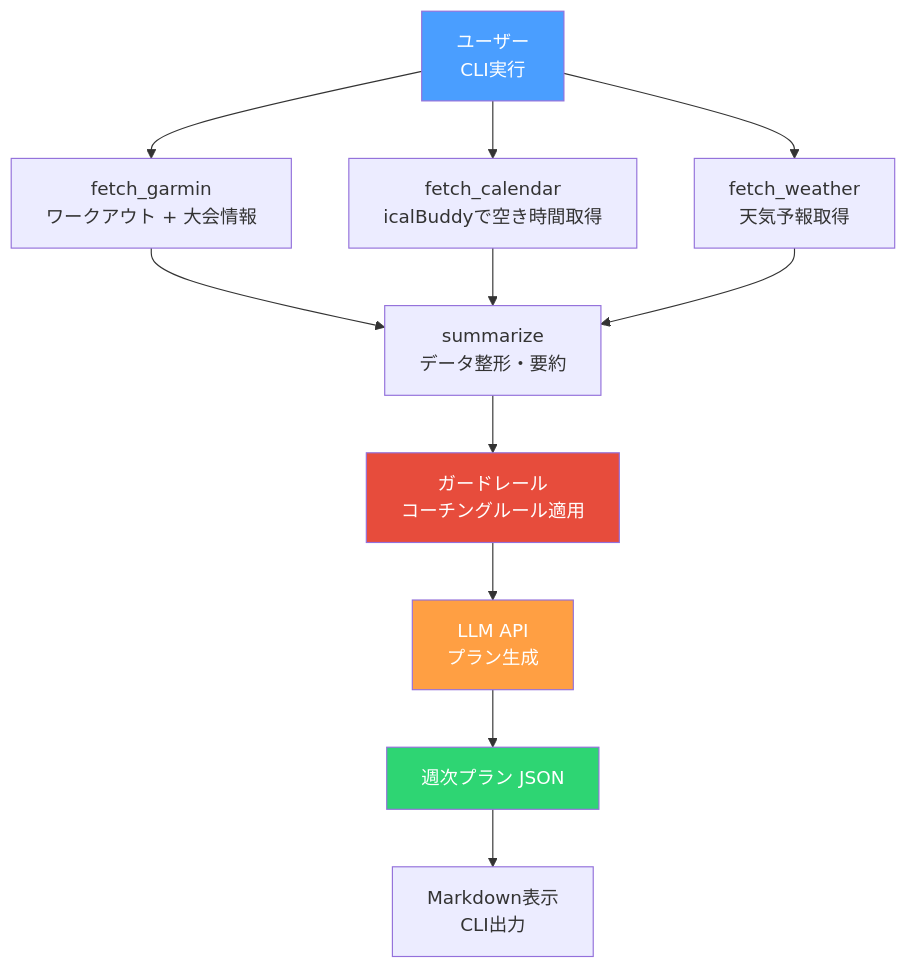
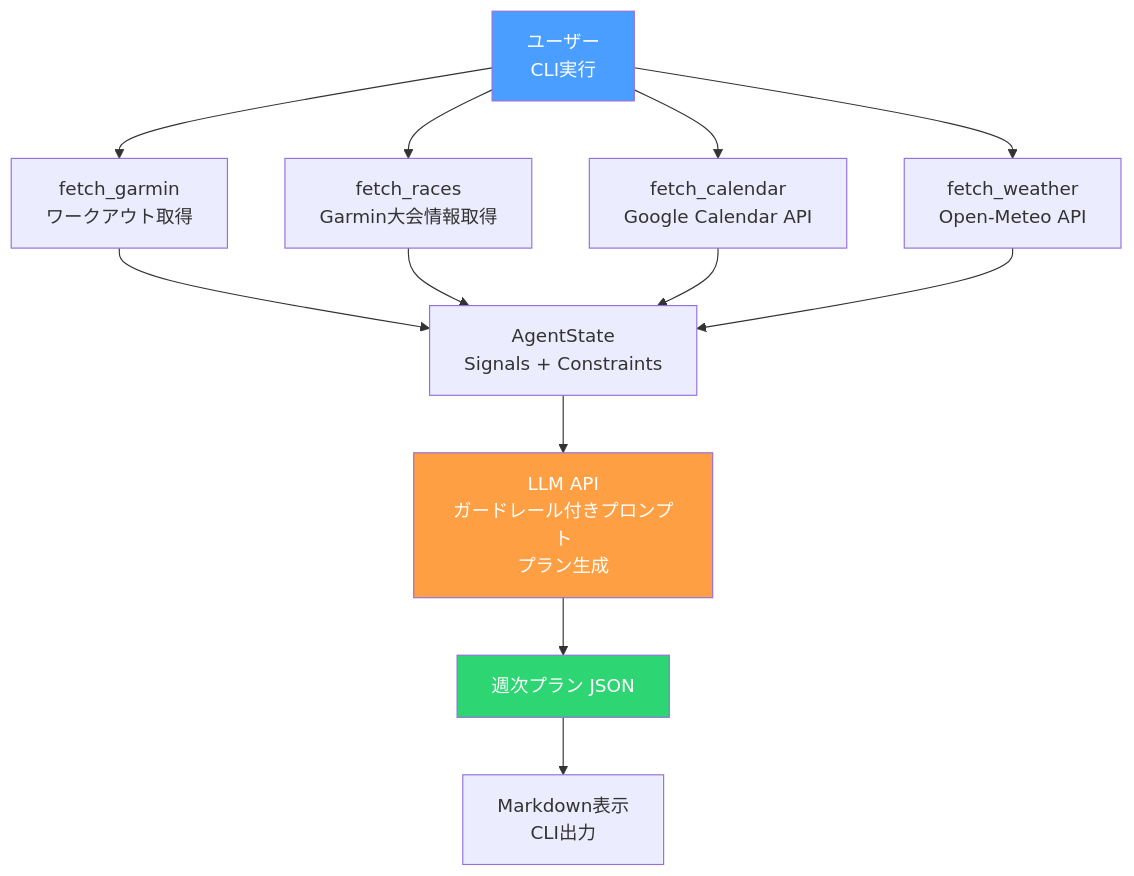
Before and after one commit to fuzztarou/run-coach: the diagram in docs/phase1.5-datasources.md, drawn with Mermaid. The commit also changed other lines of this file and 15 other files, not shown here.

````diff
--- a/docs/phase1.5-datasources.md
+++ b/docs/phase1.5-datasources.md
@@ -11,20 +11,20 @@
 ```mermaid
 flowchart TB
-    U[ユーザー<br>CLI実行] --> FG[fetch_garmin<br>ワークアウト + 大会情報]
-    U --> FC[fetch_calendar<br>icalBuddyで空き時間取得]
-    U --> FW[fetch_weather<br>天気予報取得]
+    U[ユーザー<br>CLI実行] --> FG[fetch_garmin<br>ワークアウト取得]
+    U --> FR[fetch_races<br>Garmin大会情報取得]
+    U --> FC[fetch_calendar<br>Google Calendar API]
+    U --> FW[fetch_weather<br>Open-Meteo API]
 
-    FG --> S[summarize<br>データ整形・要約]
+    FG --> S[AgentState<br>Signals + Constraints]
+    FR --> S
     FC --> S
     FW --> S
 
-    S --> GR[ガードレール<br>コーチングルール適用]
-    GR --> LLM[LLM API<br>プラン生成]
+    S --> LLM[LLM API<br>ガードレール付きプロンプト<br>プラン生成]
     LLM --> JSON[週次プラン JSON]
     JSON --> MD[Markdown表示<br>CLI出力]
 
     style U fill:#4a9eff,color:#fff
-    style GR fill:#e74c3c,color:#fff
     style LLM fill:#ff9f43,color:#fff
     style JSON fill:#2ed573,color:#fff
 ```
````
